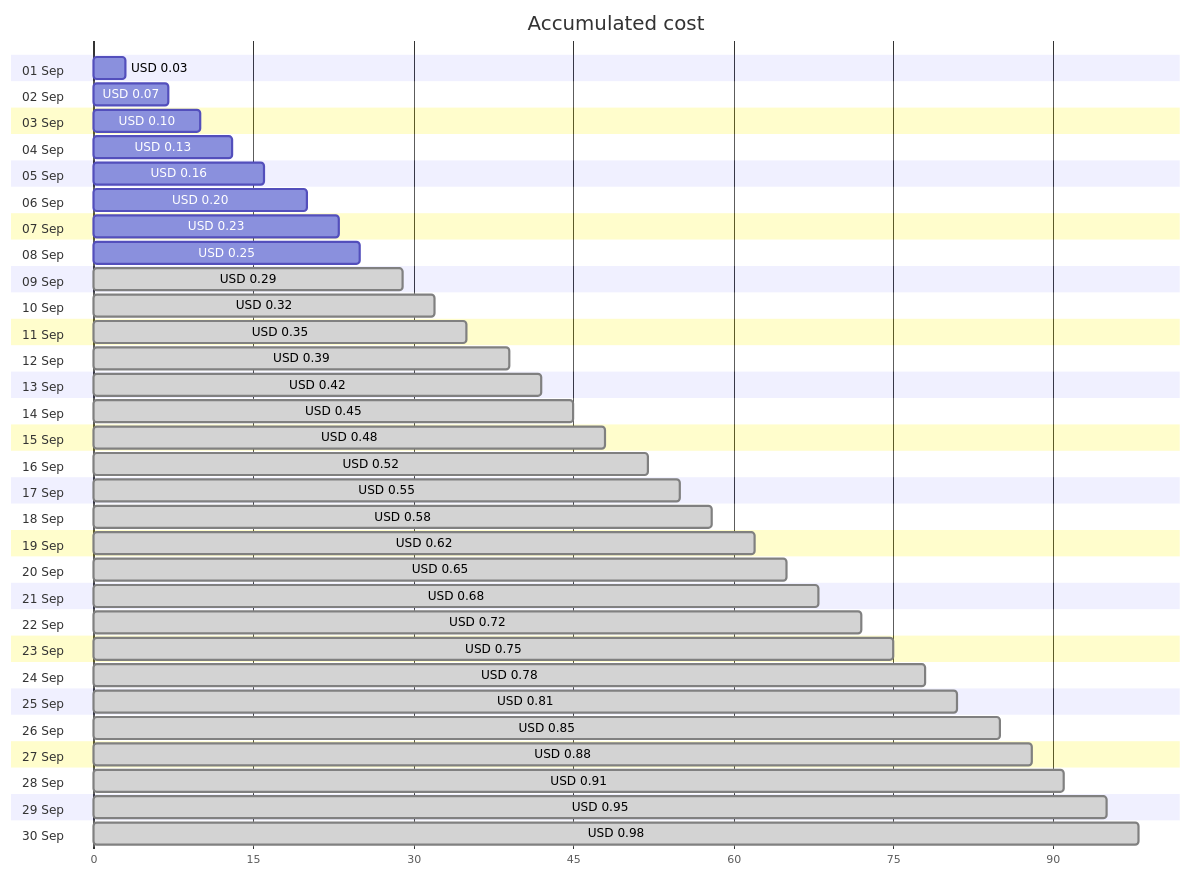
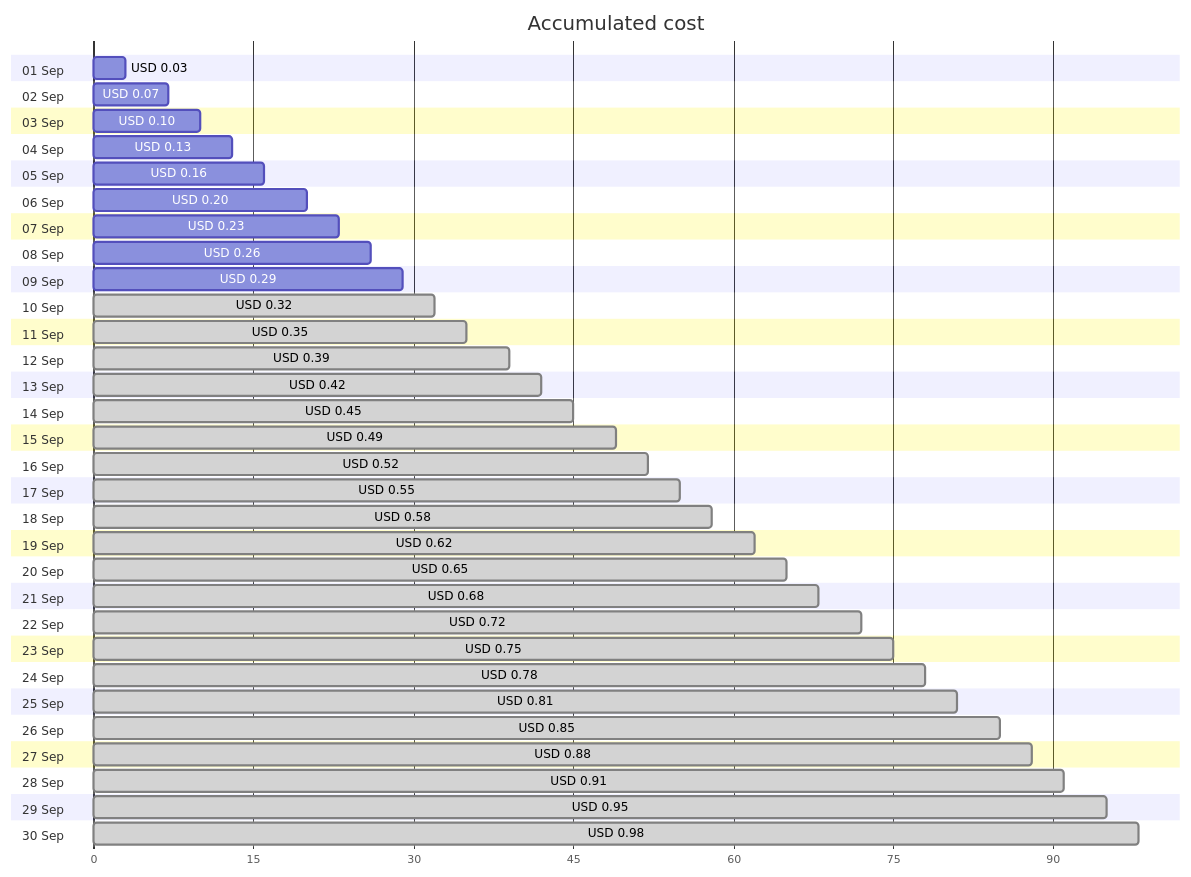
One commit to jpfulton/azure-personal-reports changed the first of 4 diagrams in cost-reports/personal-dns/README.md. Above: the diagram before and after it, drawn with Mermaid. The commit also changed other lines of this file and 2 other files, not shown here.

````diff
--- a/cost-reports/personal-dns/README.md
+++ b/cost-reports/personal-dns/README.md
@@ -20,66 +20,66 @@
 ```mermaid
 gantt
    title Accumulated cost
    dateFormat  X
    axisFormat %s
    section 01 Sep
    USD 0.03 :0, 3
    section 02 Sep
    USD 0.07 :0, 7
    section 03 Sep
    USD 0.10 :0, 10
    section 04 Sep
    USD 0.13 :0, 13
    section 05 Sep
    USD 0.16 :0, 16
    section 06 Sep
    USD 0.20 :0, 20
    section 07 Sep
    USD 0.23 :0, 23
    section 08 Sep
-   USD 0.25 :0, 25
+   USD 0.26 :0, 26
    section 09 Sep
-   USD 0.29 : done, 0, 29
+   USD 0.29 :0, 29
    section 10 Sep
    USD 0.32 : done, 0, 32
    section 11 Sep
    USD 0.35 : done, 0, 35
    section 12 Sep
    USD 0.39 : done, 0, 39
    section 13 Sep
    USD 0.42 : done, 0, 42
    section 14 Sep
    USD 0.45 : done, 0, 45
    section 15 Sep
-   USD 0.48 : done, 0, 48
+   USD 0.49 : done, 0, 49
    section 16 Sep
    USD 0.52 : done, 0, 52
    section 17 Sep
    USD 0.55 : done, 0, 55
    section 18 Sep
    USD 0.58 : done, 0, 58
    section 19 Sep
    USD 0.62 : done, 0, 62
    section 20 Sep
    USD 0.65 : done, 0, 65
    section 21 Sep
    USD 0.68 : done, 0, 68
    section 22 Sep
    USD 0.72 : done, 0, 72
    section 23 Sep
    USD 0.75 : done, 0, 75
    section 24 Sep
    USD 0.78 : done, 0, 78
    section 25 Sep
    USD 0.81 : done, 0, 81
    section 26 Sep
    USD 0.85 : done, 0, 85
    section 27 Sep
    USD 0.88 : done, 0, 88
    section 28 Sep
    USD 0.91 : done, 0, 91
    section 29 Sep
    USD 0.95 : done, 0, 95
    section 30 Sep
    USD 0.98 : done, 0, 98
 ```
````
